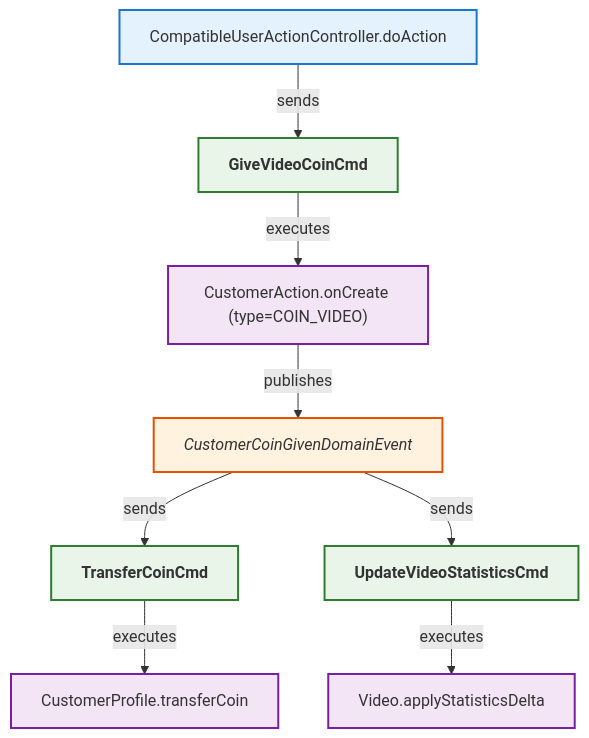
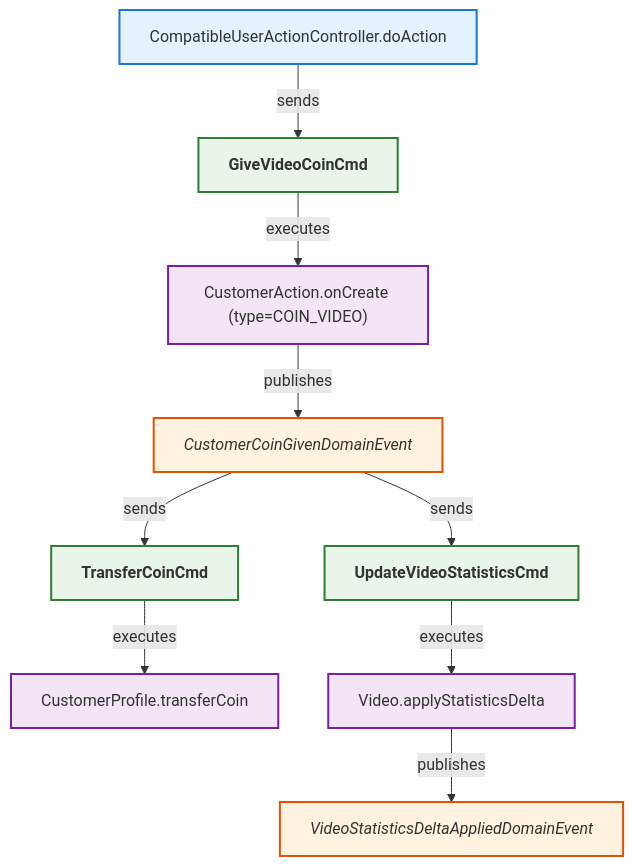
Before and after one commit to LDmoxeii/only-danmuku: the diagram in analysis/CompatibleUserActionController_giveCoin.mmd, drawn with Mermaid.

Commit message:
feat(analysis): 更新CompatibleUserActionController_giveCoin流程图
- 添加VideoStatisticsDeltaAppliedDomainEvent领域事件
- 更新Video.applyStatisticsDelta方法发布领域事件- 完善流程图中的关系连接和样式定义

```diff
--- a/analysis/CompatibleUserActionController_giveCoin.mmd
+++ b/analysis/CompatibleUserActionController_giveCoin.mmd
@@ -1,45 +1,48 @@
 flowchart TB
 
     N1["CompatibleUserActionController.doAction"]
     class N1 controllermethod;
 
     C1["GiveVideoCoinCmd"]
     class C1 command;
     A1["CustomerAction.onCreate (type=COIN_VIDEO)"]
     class A1 entitymethod;
     E1["CustomerCoinGivenDomainEvent"]
     class E1 domainevent;
     CC1["TransferCoinCmd"]
     class CC1 command;
     AP1["CustomerProfile.transferCoin"]
     class AP1 entitymethod;
     CC2["UpdateVideoStatisticsCmd"]
     class CC2 command;
     AV1["Video.applyStatisticsDelta"]
     class AV1 entitymethod;
+    EV1["VideoStatisticsDeltaAppliedDomainEvent"]
+    class EV1 domainevent;
 
     %% Relationships
     N1 -->|sends| C1
     C1 -->|executes| A1
     A1 -->|publishes| E1
     E1 -->|sends| CC1
     CC1 -->|executes| AP1
     E1 -->|sends| CC2
     CC2 -->|executes| AV1
+    AV1 -->|publishes| EV1
     %% Styles
     classDef controller fill:#e3f2fd,stroke:#1565c0,stroke-width:2px,font-weight:bold;
     classDef controllermethod fill:#e3f2fd,stroke:#1976d2,stroke-width:2px;
     classDef endpoint fill:#e3f2fd,stroke:#42a5f5,stroke-width:2px;
     classDef commandsender fill:#e3f2fd,stroke:#1565c0,stroke-width:2px,font-style:italic;
     classDef commandsendermethod fill:#e3f2fd,stroke:#1976d2,stroke-width:2px,font-style:italic;
     classDef command fill:#e8f5e8,stroke:#2e7d32,stroke-width:2px,font-weight:bold;
     classDef commandhandler fill:#e8f5e8,stroke:#388e3c,stroke-width:2px,font-weight:bold;
     classDef aggregate fill:#fff8e1,stroke:#ff8f00,stroke-width:3px,font-weight:bold;
     classDef entitymethod fill:#f3e5f5,stroke:#7b1fa2,stroke-width:2px;
     classDef domainevent fill:#fff3e0,stroke:#e65100,stroke-width:2px,font-style:italic;
     classDef domaineventhandler fill:#fff3e0,stroke:#ef6c00,stroke-width:2px,font-weight:bold;
     classDef integrationevent fill:#fce4ec,stroke:#880e4f,stroke-width:2px;
     classDef integrationeventhandler fill:#fce4ec,stroke:#ad1457,stroke-width:2px,font-weight:bold;
     classDef integrationeventconverter fill:#e3f2fd,stroke:#0277bd,stroke-width:2px;
     classDef repo fill:#d6dbdf,stroke:#85929e,stroke-width:2px;
     classDef uow fill:#f2f4f4,stroke:#7f8c8d,stroke-width:2px;
```
